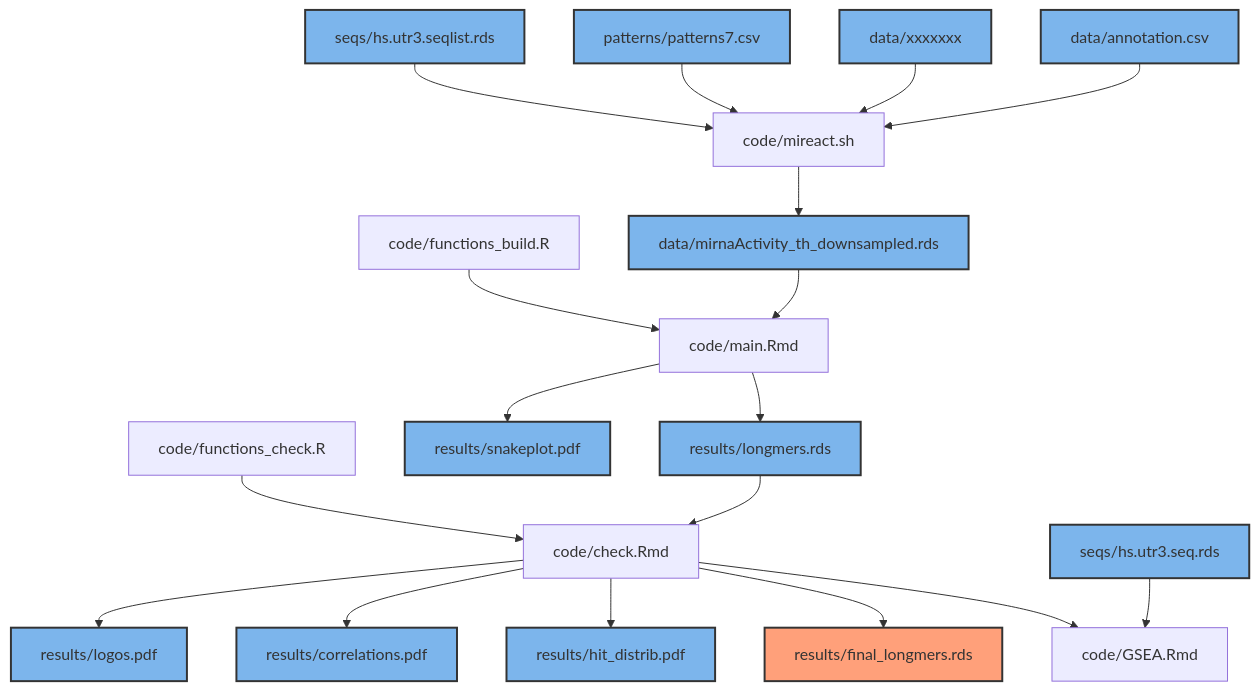
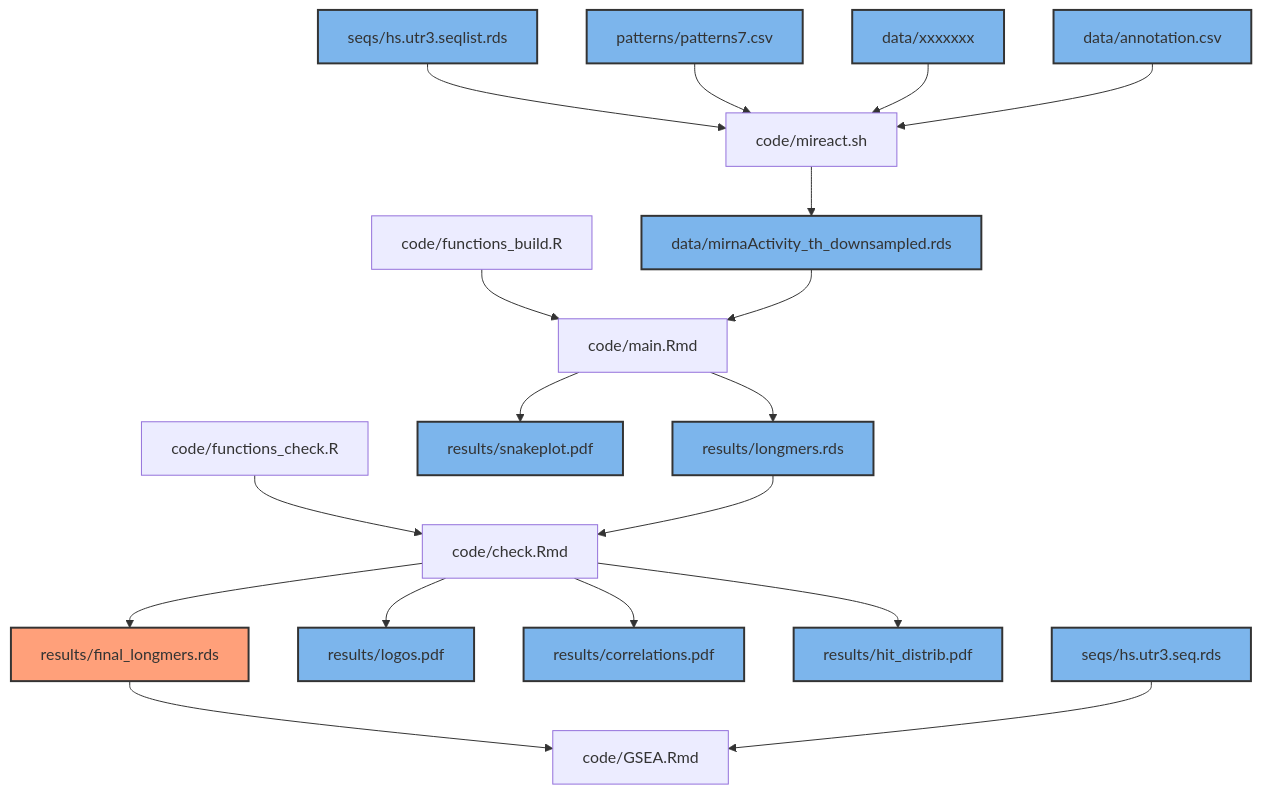
Before and after one commit to PaulaRodrigoMartin/SMLB: the diagram in README.md, drawn with Mermaid.

````diff
--- a/README.md
+++ b/README.md
@@ -1,55 +1,55 @@
 ```mermaid
 graph TD;
     seqlist[seqs/hs.utr3.seqlist.rds]
     seqs[seqs/hs.utr3.seq.rds]
     mireact_input[data/xxxxxxx]
     miReact_output[data/mirnaActivity_th_downsampled.rds]
     7mers[patterns/patterns7.csv]
     annotation[data/annotation.csv]
     miReact[code/mireact.sh]
     functions[code/functions_build.R]
     functionsc[code/functions_check.R]
     main_notebook[code/main.Rmd]
     check_notebook[code/check.Rmd]
     GSEA[code/GSEA.Rmd]
     logos[results/logos.pdf]
     corrm[results/correlations.pdf]
     distrib[results/hit_distrib.pdf]
     snakeplot[results/snakeplot.pdf]
     longmers[results/longmers.rds]
     finallongmers[results/final_longmers.rds]
     
 
     style seqlist fill:#7cb5ec,stroke:#333,stroke-width:2px;
     style miReact_output fill:#7cb5ec,stroke:#333,stroke-width:2px;
     style 7mers fill:#7cb5ec,stroke:#333,stroke-width:2px;
     style mireact_input fill:#7cb5ec,stroke:#333,stroke-width:2px;
     style seqs fill:#7cb5ec,stroke:#333,stroke-width:2px;
     style annotation fill:#7cb5ec,stroke:#333,stroke-width:2px;
     style logos fill:#7cb5ec,stroke:#333,stroke-width:2px;
     style corrm fill:#7cb5ec,stroke:#333,stroke-width:2px;
     style distrib fill:#7cb5ec,stroke:#333,stroke-width:2px;
     style snakeplot fill:#7cb5ec,stroke:#333,stroke-width:2px;
     style longmers fill:#7cb5ec,stroke:#333,stroke-width:2px;
     style finallongmers fill:#FFA07A,stroke:#333,stroke-width:2px;
 
 
     seqlist-->miReact
     7mers-->miReact
     mireact_input-->miReact
     annotation-->miReact
     miReact-->miReact_output
     functions-->main_notebook
     functionsc-->check_notebook
     main_notebook-->longmers
     longmers-->check_notebook
     check_notebook-->logos
     check_notebook-->corrm
     check_notebook-->distrib
     check_notebook-->finallongmers
-    check_notebook-->GSEA
+    finallongmers-->GSEA
     seqs-->GSEA
     main_notebook--> snakeplot
     miReact_output-->main_notebook
 
 ```
````
